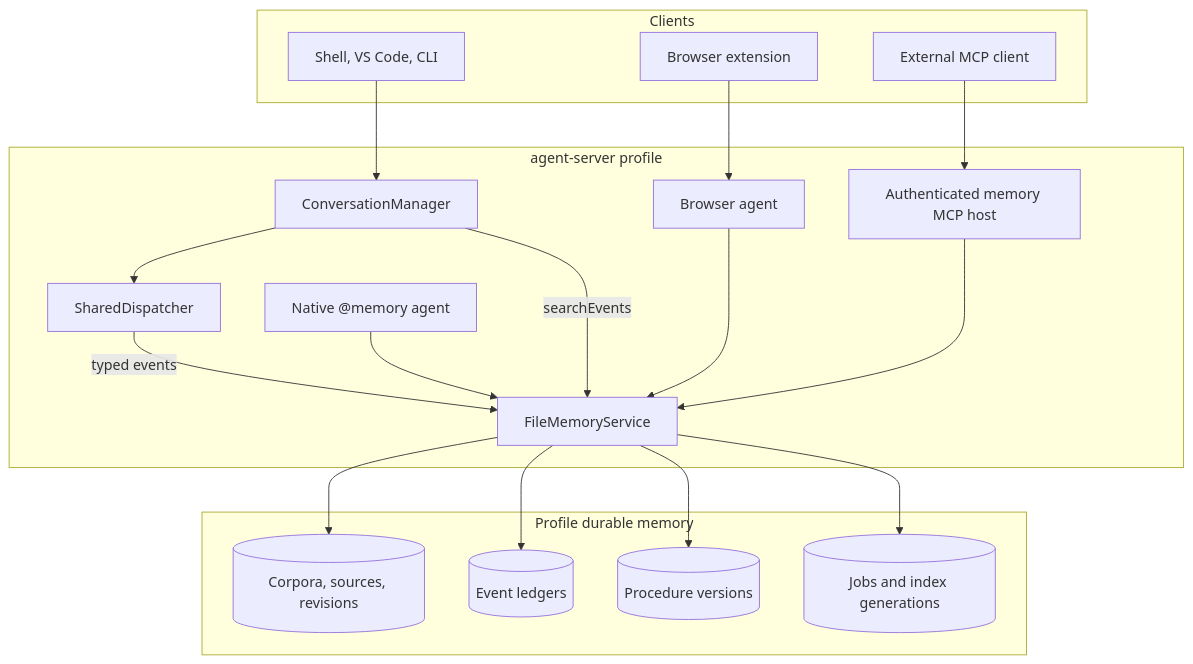
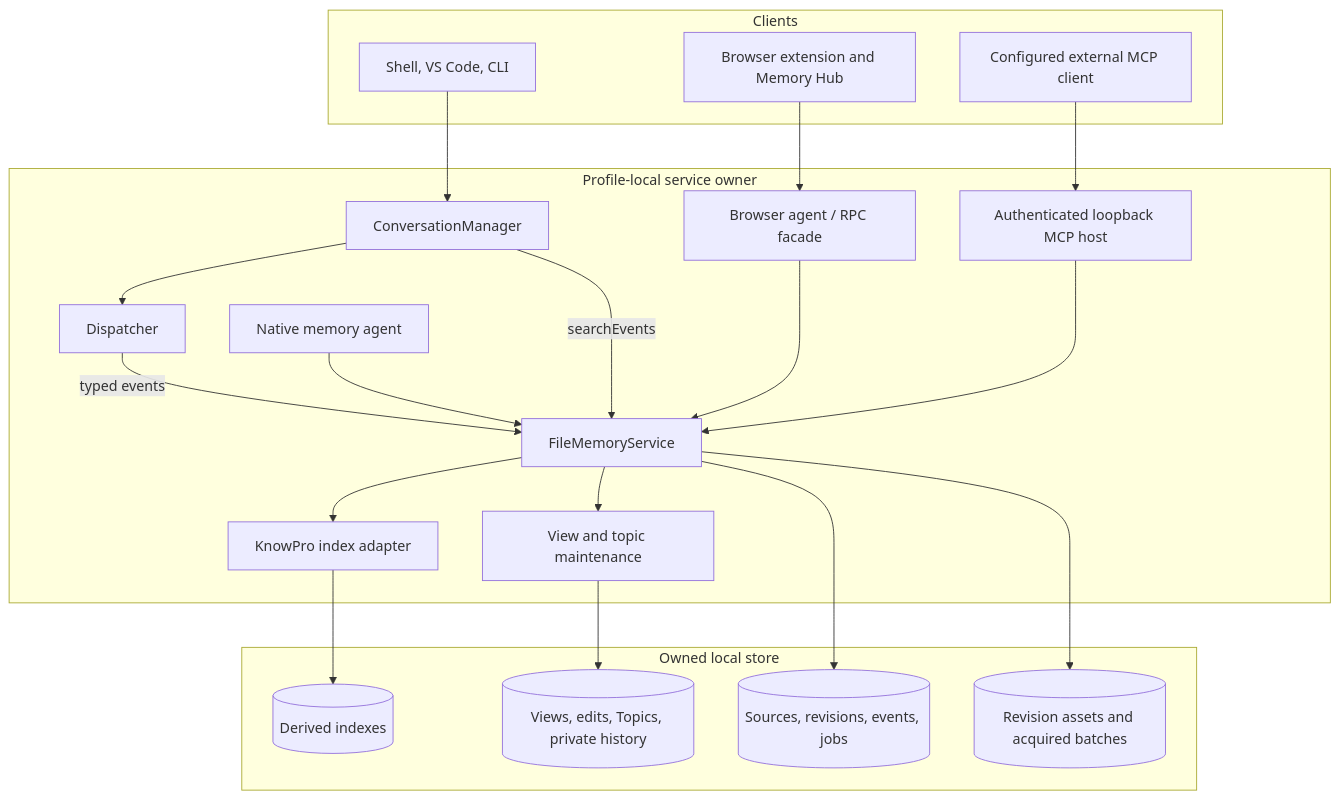
The diagram in ts/docs/architecture/memory/current-system.md (microsoft/TypeAgent), drawn with Mermaid before and after one commit. The commit also changed other lines of this file and 33 other files, not shown here.

````diff
--- a/ts/docs/architecture/memory/current-system.md
+++ b/ts/docs/architecture/memory/current-system.md
@@ -28,36 +23,34 @@
 ```mermaid
 flowchart TB
     subgraph Clients
         CHAT[Shell, VS Code, CLI]
-        EXT[Browser extension]
-        MCPCLIENT[External MCP client]
+        EXT[Browser extension and Memory Hub]
+        MCPCLIENT[Configured external MCP client]
     end
-
-    subgraph AgentServer[agent-server profile]
+    subgraph Host[Profile-local service owner]
         CM[ConversationManager]
-        DISP[SharedDispatcher]
-        MEMORYAGENT[Native @memory agent]
-        BROWSER[Browser agent]
-        MCPHOST[Authenticated memory MCP host]
+        DISP[Dispatcher]
+        MEMORY[Native memory agent]
+        BROWSER[Browser agent / RPC facade]
+        MCP[Authenticated loopback MCP host]
         SERVICE[FileMemoryService]
+        KP[KnowPro index adapter]
+        BUILD[View and topic maintenance]
     end
-
-    subgraph DurableStore[Profile durable memory]
-        SOURCES[(Corpora, sources, revisions)]
-        EVENTS[(Event ledgers)]
-        PROCEDURES[(Procedure versions)]
-        JOBS[(Jobs and index generations)]
+    subgraph Store[Owned local store]
+        EVIDENCE[(Sources, revisions, events, jobs)]
+        INDEX[(Derived indexes)]
+        VIEWS[(Views, edits, Topics, private history)]
+        ASSETS[(Revision assets and acquired batches)]
     end
-
     CHAT --> CM --> DISP
     DISP -->|typed events| SERVICE
-    MEMORYAGENT --> SERVICE
-    BROWSER --> SERVICE
-    EXT --> BROWSER
+    MEMORY --> SERVICE
+    EXT --> BROWSER --> SERVICE
     CM -->|searchEvents| SERVICE
-    MCPCLIENT --> MCPHOST --> SERVICE
-    SERVICE --> SOURCES
-    SERVICE --> EVENTS
-    SERVICE --> PROCEDURES
-    SERVICE --> JOBS
+    MCPCLIENT --> MCP --> SERVICE
+    SERVICE --> KP --> INDEX
+    SERVICE --> BUILD --> VIEWS
+    SERVICE --> EVIDENCE
+    SERVICE --> ASSETS
 ```
````
